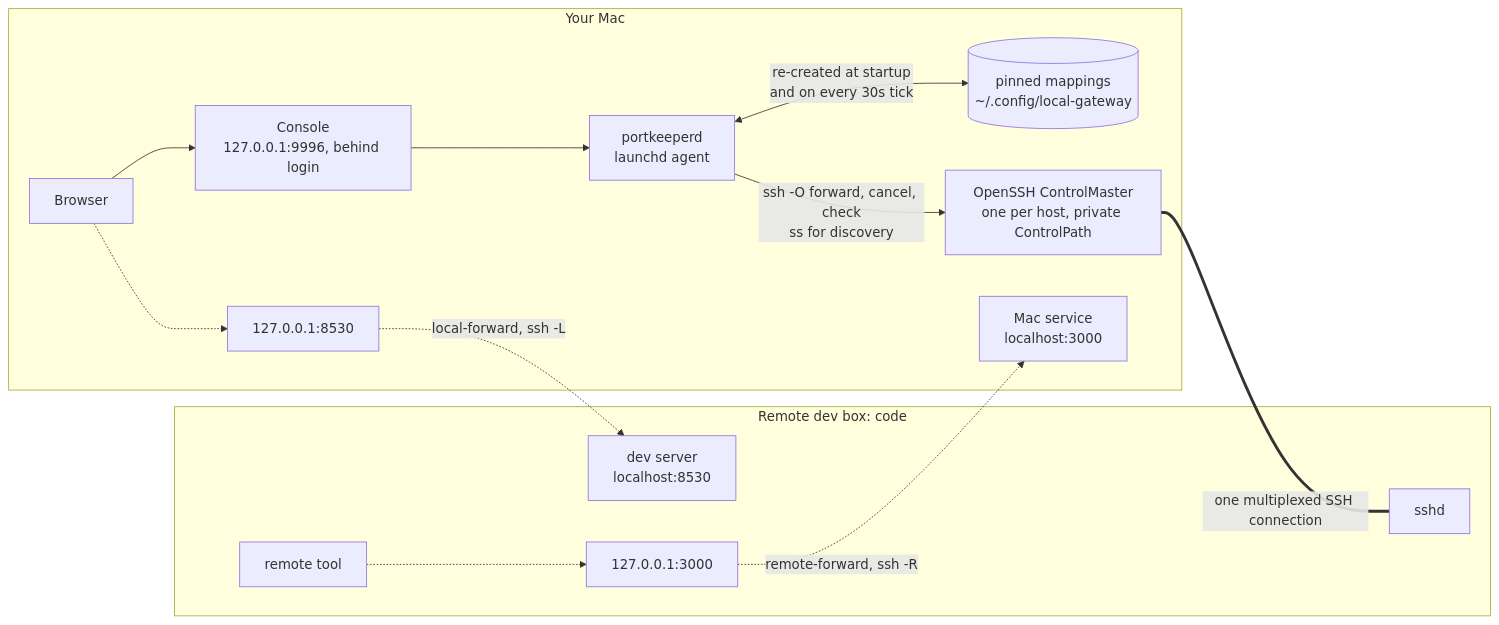
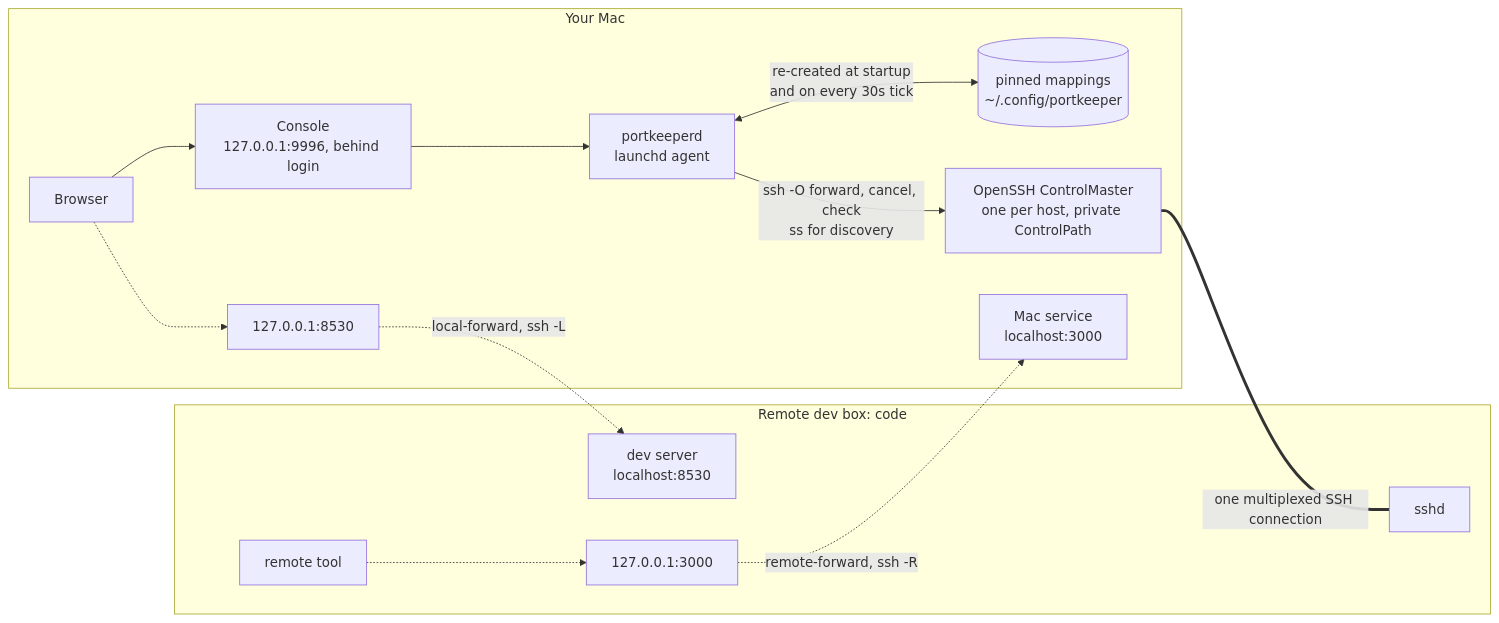
Before and after one commit to johnlofty/portkeeper: the diagram in README.md, drawn with Mermaid. The commit also changed other lines of this file and 9 other files, not shown here.

First line of the commit message:
rename the config directory, log and socket prefix to portkeeper

````diff
--- a/README.md
+++ b/README.md
@@ -21,29 +21,29 @@
 ```mermaid
 flowchart LR
     subgraph mac["Your Mac"]
         browser["Browser"]
         console["Console<br/>127.0.0.1:9996, behind login"]
         daemon["portkeeperd<br/>launchd agent"]
-        pins[("pinned mappings<br/>~/.config/local-gateway")]
+        pins[("pinned mappings<br/>~/.config/portkeeper")]
         master["OpenSSH ControlMaster<br/>one per host, private ControlPath"]
         macport["127.0.0.1:8530"]
         macsvc["Mac service<br/>localhost:3000"]
     end
 
     subgraph code["Remote dev box: code"]
         sshd["sshd"]
         dev["dev server<br/>localhost:8530"]
         remoteport["127.0.0.1:3000"]
         tool["remote tool"]
     end
 
     browser --> console --> daemon
     daemon -->|"ssh -O forward, cancel, check<br/>ss for discovery"| master
     daemon <-->|"re-created at startup<br/>and on every 30s tick"| pins
     master ===|"one multiplexed SSH connection"| sshd
 
     browser -.-> macport
     macport -.->|"local-forward, ssh -L"| dev
     tool -.-> remoteport
     remoteport -.->|"remote-forward, ssh -R"| macsvc
 ```
````
